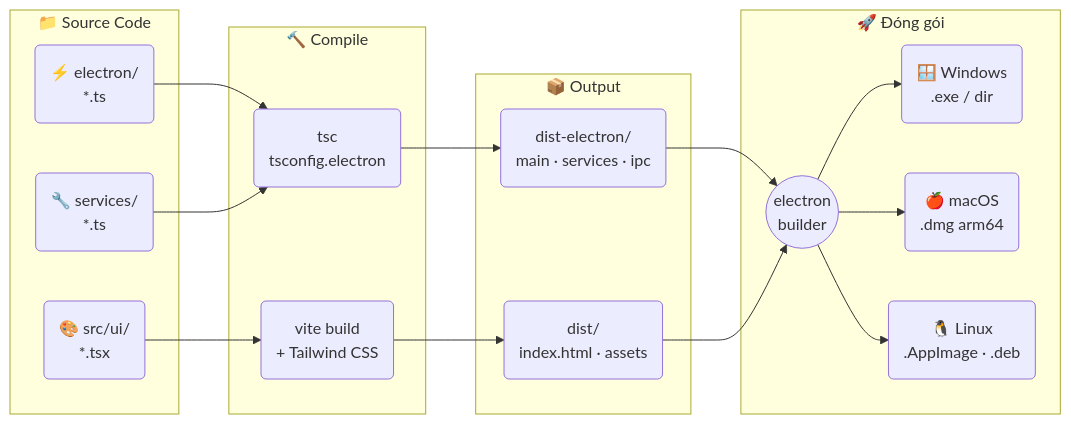
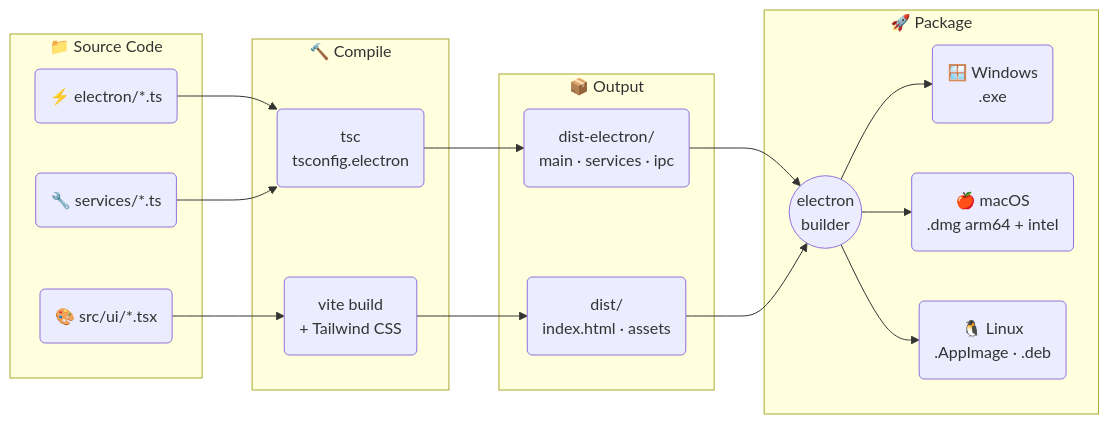
The first of 2 diagrams in README.md (trithucnen-max/zagi-builder), drawn with Mermaid before and after one commit. The commit also changed other lines of this file and 2 other files, not shown here.

````diff
--- a/README.md
+++ b/README.md
@@ -209,29 +258,25 @@
 ```mermaid
 flowchart LR
     subgraph SRC["📁 Source Code"]
-        E("⚡ electron/\n*.ts")
-        S("🔧 services/\n*.ts")
-        R("🎨 src/ui/\n*.tsx")
+        E("⚡ electron/*.ts")
+        S("🔧 services/*.ts")
+        R("🎨 src/ui/*.tsx")
     end
-
     subgraph COMPILE["🔨 Compile"]
         TSC("tsc\ntsconfig.electron")
         VITE("vite build\n+ Tailwind CSS")
     end
-
     subgraph OUT["📦 Output"]
         DE("dist-electron/\nmain · services · ipc")
         D("dist/\nindex.html · assets")
     end
-
-    subgraph PKG["🚀 Đóng gói"]
+    subgraph PKG["🚀 Package"]
         EB(("electron\nbuilder"))
-        WIN("🪟 Windows\n.exe / dir")
-        MAC("🍎 macOS\n.dmg arm64")
+        WIN("🪟 Windows\n.exe")
+        MAC("🍎 macOS\n.dmg arm64 + intel")
         LIN("🐧 Linux\n.AppImage · .deb")
     end
-
     E & S --> TSC --> DE
     R --> VITE --> D
     DE & D --> EB --> WIN & MAC & LIN
 ```
````
